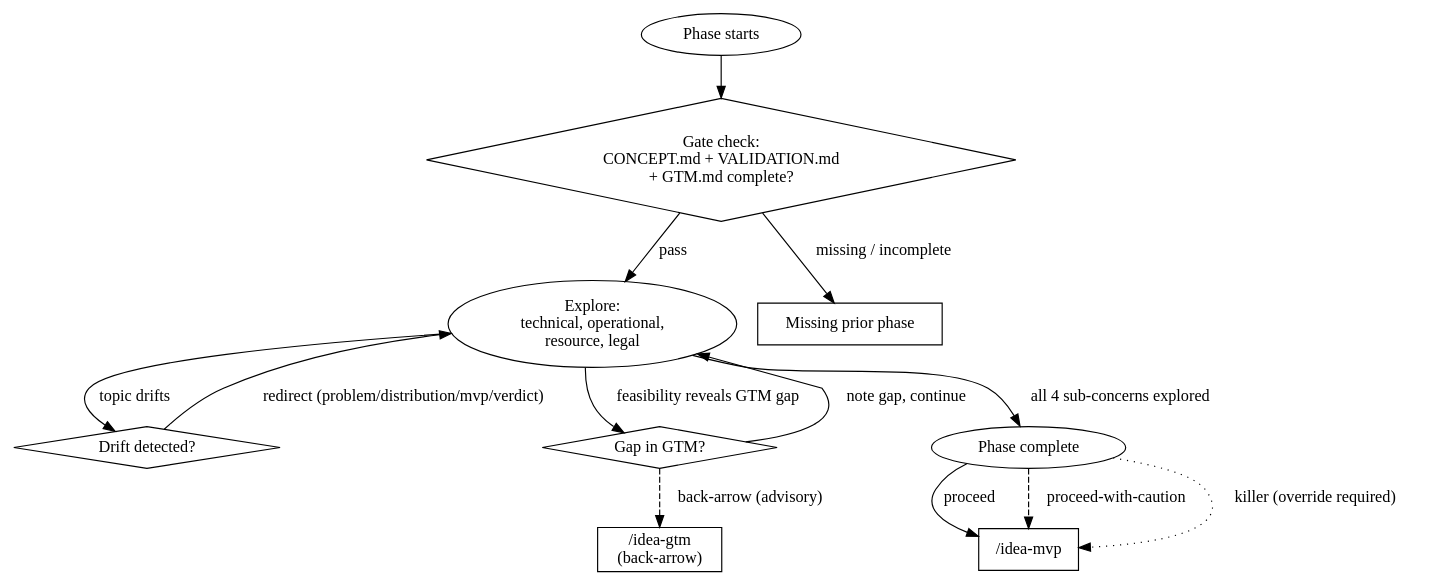
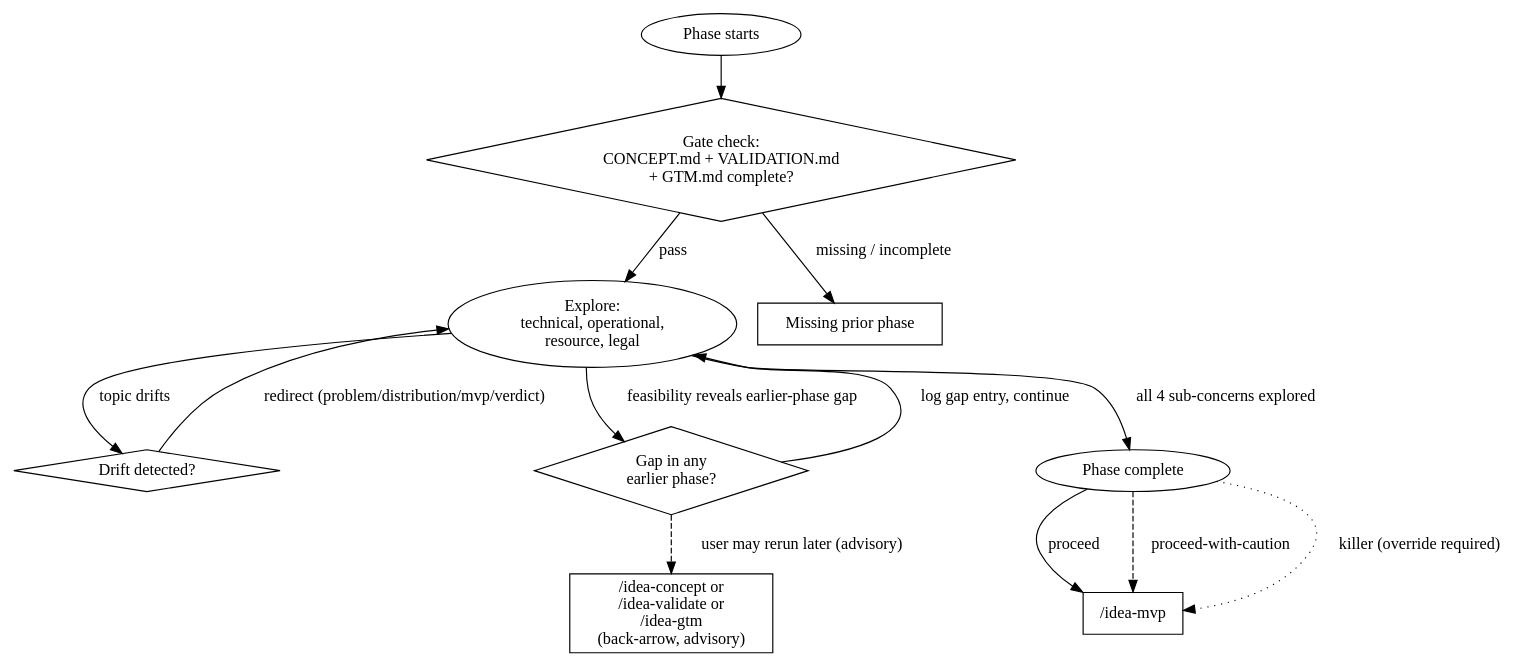
Before and after one commit to sticatz/eureka: the diagram in skills/idea-feasibility/SKILL.md, drawn with Graphviz. The commit also changed other lines of this file and 9 other files, not shown here.

````diff
--- a/skills/idea-feasibility/SKILL.md
+++ b/skills/idea-feasibility/SKILL.md
@@ -30,26 +31,26 @@
 ```dot
 digraph feasibility {
     entry [label="Phase starts" shape=ellipse];
     gate [label="Gate check:\nCONCEPT.md + VALIDATION.md\n+ GTM.md complete?" shape=diamond];
     explore [label="Explore:\ntechnical, operational,\nresource, legal"];
     drift [label="Drift detected?" shape=diamond];
-    gap [label="Gap in GTM?" shape=diamond];
+    gap [label="Gap in any\nearlier phase?" shape=diamond];
     complete [label="Phase complete" shape=ellipse];
     mvp [label="/idea-mvp" shape=box];
-    gtm [label="/idea-gtm\n(back-arrow)" shape=box];
+    earlier [label="/idea-concept or\n/idea-validate or\n/idea-gtm\n(back-arrow, advisory)" shape=box];
     prior [label="Missing prior phase" shape=box];
 
     entry -> gate;
     gate -> explore [label="pass"];
     gate -> prior [label="missing / incomplete"];
     explore -> drift [label="topic drifts"];
     drift -> explore [label="redirect (problem/distribution/mvp/verdict)"];
-    explore -> gap [label="feasibility reveals GTM gap"];
-    gap -> explore [label="note gap, continue"];
-    gap -> gtm [label="back-arrow (advisory)" style=dashed];
+    explore -> gap [label="feasibility reveals earlier-phase gap"];
+    gap -> explore [label="log gap entry, continue"];
+    gap -> earlier [label="user may rerun later (advisory)" style=dashed];
     explore -> complete [label="all 4 sub-concerns explored"];
     complete -> mvp [label="proceed"];
     complete -> mvp [label="proceed-with-caution" style=dashed];
     complete -> mvp [label="killer (override required)" style=dotted];
 }
 ```
````
